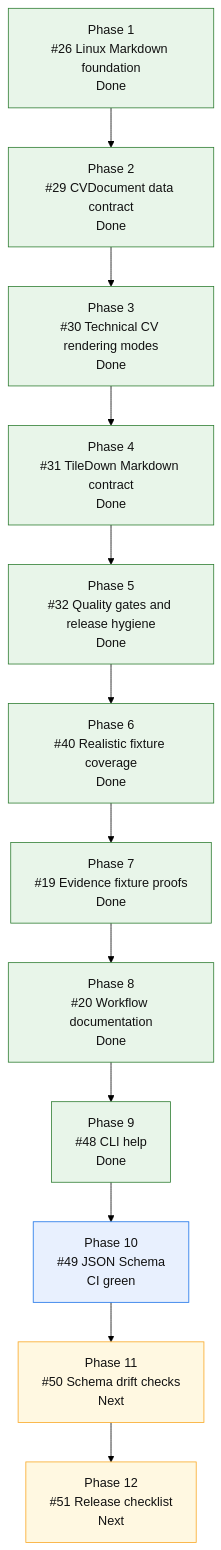
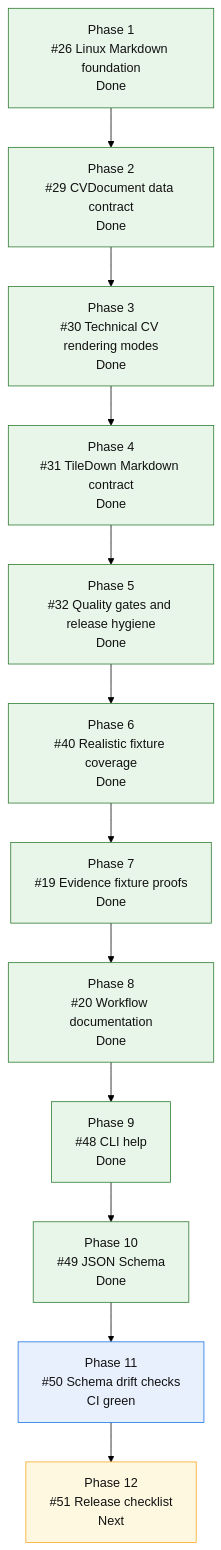
One commit to mihaelamj/cvbuilder changed the diagram in README.md. Above: the diagram before and after it, drawn with Mermaid (forest theme). The commit also changed other lines of this file and 6 other files, not shown here.

First line of the commit message:
Add CVDocument schema drift checks

````diff
--- a/README.md
+++ b/README.md
@@ -165,28 +165,28 @@
 ```mermaid
 flowchart TD
     P1["Phase 1<br/>#26 Linux Markdown foundation<br/>Done"]
     P2["Phase 2<br/>#29 CVDocument data contract<br/>Done"]
     P3["Phase 3<br/>#30 Technical CV rendering modes<br/>Done"]
     P4["Phase 4<br/>#31 TileDown Markdown contract<br/>Done"]
     P5["Phase 5<br/>#32 Quality gates and release hygiene<br/>Done"]
     P6["Phase 6<br/>#40 Realistic fixture coverage<br/>Done"]
     P7["Phase 7<br/>#19 Evidence fixture proofs<br/>Done"]
     P8["Phase 8<br/>#20 Workflow documentation<br/>Done"]
     P9["Phase 9<br/>#48 CLI help<br/>Done"]
-    P10["Phase 10<br/>#49 JSON Schema<br/>CI green"]
-    P11["Phase 11<br/>#50 Schema drift checks<br/>Next"]
+    P10["Phase 10<br/>#49 JSON Schema<br/>Done"]
+    P11["Phase 11<br/>#50 Schema drift checks<br/>CI green"]
     P12["Phase 12<br/>#51 Release checklist<br/>Next"]
 
     P1 --> P2 --> P3 --> P4 --> P5 --> P6 --> P7 --> P8 --> P9 --> P10 --> P11 --> P12
 
     classDef done fill:#e8f5e9,stroke:#2e7d32,color:#111;
     classDef active fill:#fff3e0,stroke:#ef6c00,color:#111;
     classDef review fill:#e8f0fe,stroke:#1a73e8,color:#111;
     classDef next fill:#fff8e1,stroke:#f9a825,color:#111;
     classDef partial fill:#e0f7fa,stroke:#00838f,color:#111;
     classDef todo fill:#eef3ff,stroke:#3367d6,color:#111;
     class P1,P2,P3,P4 done;
-    class P5,P6,P7,P8,P9 done;
-    class P10 review;
-    class P11,P12 next;
+    class P5,P6,P7,P8,P9,P10 done;
+    class P11 review;
+    class P12 next;
 ```
````
